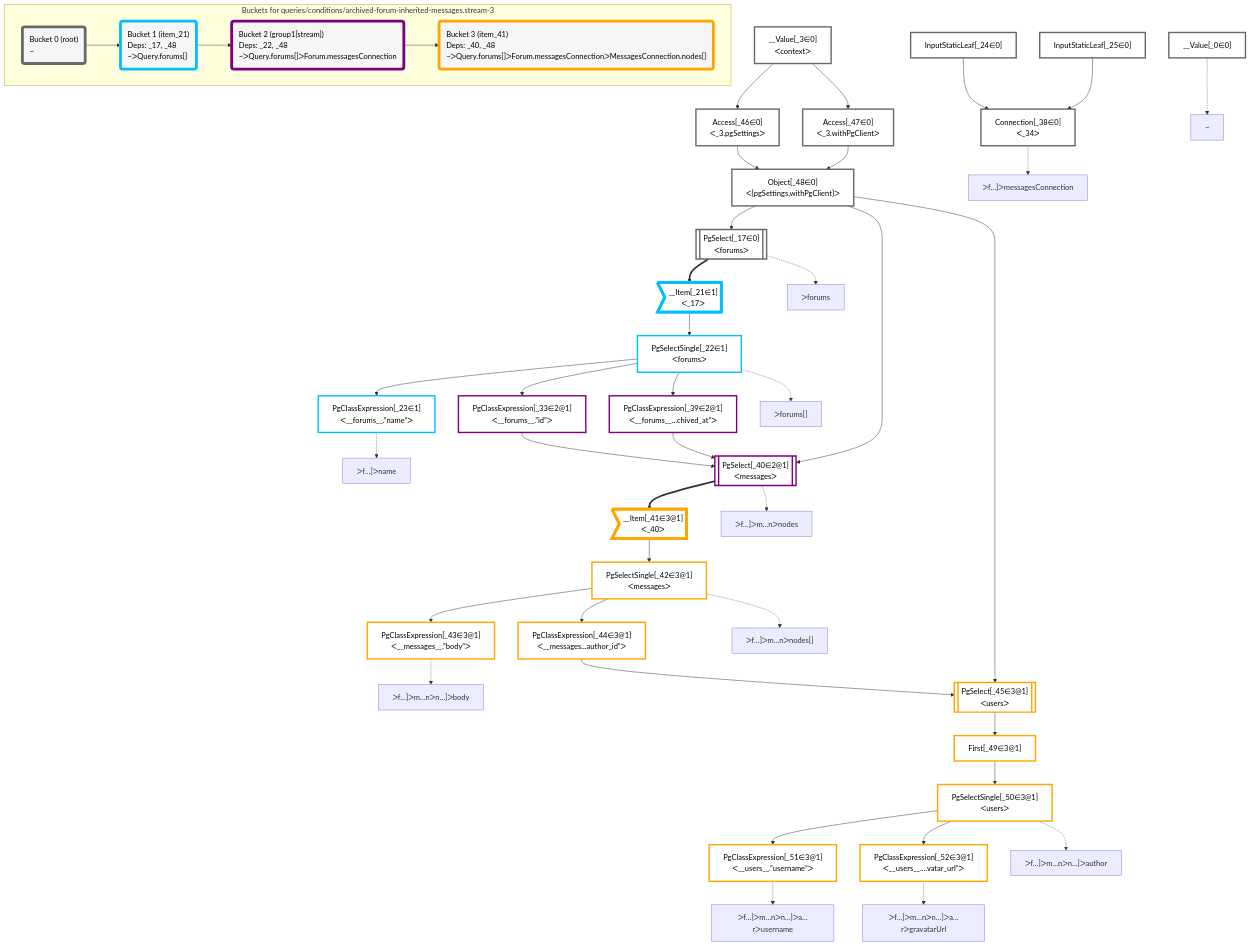
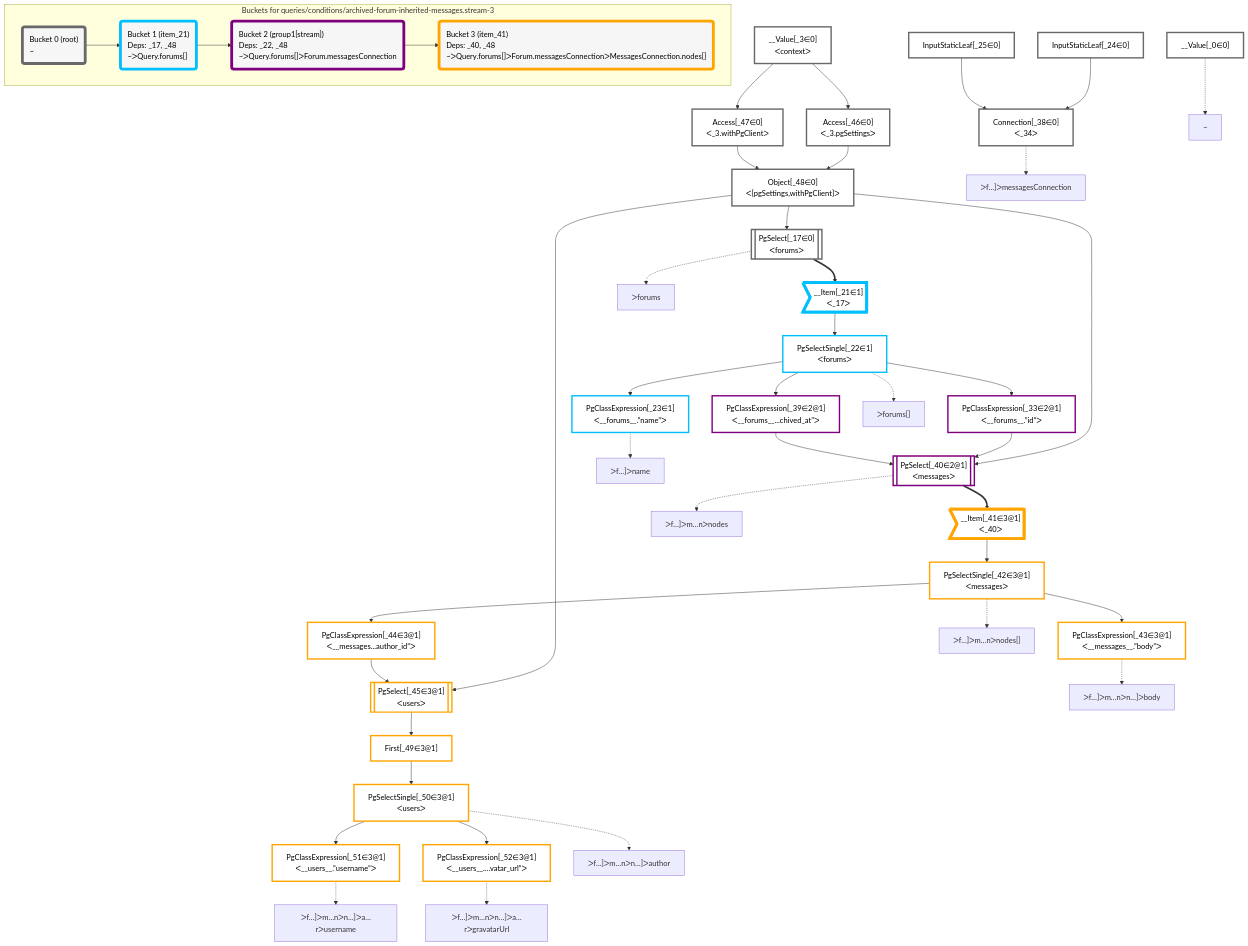
The diagram in packages/dataplan-pg/__tests__/queries/conditions/archived-forum-inherited-messages.stream-3.deopt.mermaid.md (graphile/crystal), drawn with Mermaid before and after one commit. The commit also changed other lines of this file and 195 other files, not shown here.

```diff
--- a/packages/dataplan-pg/__tests__/queries/conditions/archived-forum-inherited-messages.stream-3.deopt.mermaid.md
+++ b/packages/dataplan-pg/__tests__/queries/conditions/archived-forum-inherited-messages.stream-3.deopt.mermaid.md
@@ -9,51 +9,51 @@
 
     %% define plans
     __Value_0["__Value[_0∈0]"]:::plan
+    PgClassExpression_23["PgClassExpression[_23∈1]<br />ᐸ__forums__.”name”ᐳ"]:::plan
+    PgClassExpression_43["PgClassExpression[_43∈3@1]<br />ᐸ__messages__.”body”ᐳ"]:::plan
+    PgClassExpression_51["PgClassExpression[_51∈3@1]<br />ᐸ__users__.”username”ᐳ"]:::plan
+    PgClassExpression_52["PgClassExpression[_52∈3@1]<br />ᐸ__users__....vatar_url”ᐳ"]:::plan
+    PgSelectSingle_50["PgSelectSingle[_50∈3@1]<br />ᐸusersᐳ"]:::plan
+    First_49["First[_49∈3@1]"]:::plan
+    PgSelect_45[["PgSelect[_45∈3@1]<br />ᐸusersᐳ"]]:::plan
+    PgClassExpression_44["PgClassExpression[_44∈3@1]<br />ᐸ__messages...author_id”ᐳ"]:::plan
+    PgSelectSingle_42["PgSelectSingle[_42∈3@1]<br />ᐸmessagesᐳ"]:::plan
+    __Item_41>"__Item[_41∈3@1]<br />ᐸ_40ᐳ"]:::itemplan
+    PgSelect_40[["PgSelect[_40∈2@1]<br />ᐸmessagesᐳ"]]:::plan
+    PgClassExpression_33["PgClassExpression[_33∈2@1]<br />ᐸ__forums__.”id”ᐳ"]:::plan
+    PgClassExpression_39["PgClassExpression[_39∈2@1]<br />ᐸ__forums__...chived_at”ᐳ"]:::plan
+    PgSelectSingle_22["PgSelectSingle[_22∈1]<br />ᐸforumsᐳ"]:::plan
+    __Item_21>"__Item[_21∈1]<br />ᐸ_17ᐳ"]:::itemplan
+    PgSelect_17[["PgSelect[_17∈0]<br />ᐸforumsᐳ"]]:::plan
+    Object_48["Object[_48∈0]<br />ᐸ{pgSettings,withPgClient}ᐳ"]:::plan
+    Access_46["Access[_46∈0]<br />ᐸ_3.pgSettingsᐳ"]:::plan
+    Access_47["Access[_47∈0]<br />ᐸ_3.withPgClientᐳ"]:::plan
     __Value_3["__Value[_3∈0]<br />ᐸcontextᐳ"]:::plan
-    PgSelect_17[["PgSelect[_17∈0]<br />ᐸforumsᐳ"]]:::plan
-    __Item_21>"__Item[_21∈1]<br />ᐸ_17ᐳ"]:::itemplan
-    PgSelectSingle_22["PgSelectSingle[_22∈1]<br />ᐸforumsᐳ"]:::plan
-    PgClassExpression_23["PgClassExpression[_23∈1]<br />ᐸ__forums__.”name”ᐳ"]:::plan
+    Connection_38["Connection[_38∈0]<br />ᐸ_34ᐳ"]:::plan
     InputStaticLeaf_24["InputStaticLeaf[_24∈0]"]:::plan
     InputStaticLeaf_25["InputStaticLeaf[_25∈0]"]:::plan
-    PgClassExpression_33["PgClassExpression[_33∈2@1]<br />ᐸ__forums__.”id”ᐳ"]:::plan
-    Connection_38["Connection[_38∈0]<br />ᐸ_34ᐳ"]:::plan
-    PgClassExpression_39["PgClassExpression[_39∈2@1]<br />ᐸ__forums__...chived_at”ᐳ"]:::plan
-    PgSelect_40[["PgSelect[_40∈2@1]<br />ᐸmessagesᐳ"]]:::plan
-    __Item_41>"__Item[_41∈3@1]<br />ᐸ_40ᐳ"]:::itemplan
-    PgSelectSingle_42["PgSelectSingle[_42∈3@1]<br />ᐸmessagesᐳ"]:::plan
-    PgClassExpression_43["PgClassExpression[_43∈3@1]<br />ᐸ__messages__.”body”ᐳ"]:::plan
-    PgClassExpression_44["PgClassExpression[_44∈3@1]<br />ᐸ__messages...author_id”ᐳ"]:::plan
-    PgSelect_45[["PgSelect[_45∈3@1]<br />ᐸusersᐳ"]]:::plan
-    Access_46["Access[_46∈0]<br />ᐸ_3.pgSettingsᐳ"]:::plan
-    Access_47["Access[_47∈0]<br />ᐸ_3.withPgClientᐳ"]:::plan
-    Object_48["Object[_48∈0]<br />ᐸ{pgSettings,withPgClient}ᐳ"]:::plan
-    First_49["First[_49∈3@1]"]:::plan
-    PgSelectSingle_50["PgSelectSingle[_50∈3@1]<br />ᐸusersᐳ"]:::plan
-    PgClassExpression_51["PgClassExpression[_51∈3@1]<br />ᐸ__users__.”username”ᐳ"]:::plan
-    PgClassExpression_52["PgClassExpression[_52∈3@1]<br />ᐸ__users__....vatar_url”ᐳ"]:::plan
 
     %% plan dependencies
+    PgSelectSingle_22 --> PgClassExpression_23
+    PgSelectSingle_42 --> PgClassExpression_43
+    PgSelectSingle_50 --> PgClassExpression_51
+    PgSelectSingle_50 --> PgClassExpression_52
+    First_49 --> PgSelectSingle_50
+    PgSelect_45 --> First_49
+    Object_48 & PgClassExpression_44 --> PgSelect_45
+    PgSelectSingle_42 --> PgClassExpression_44
+    __Item_41 --> PgSelectSingle_42
+    PgSelect_40 ==> __Item_41
+    Object_48 & PgClassExpression_33 & PgClassExpression_39 --> PgSelect_40
+    PgSelectSingle_22 --> PgClassExpression_33
+    PgSelectSingle_22 --> PgClassExpression_39
+    __Item_21 --> PgSelectSingle_22
+    PgSelect_17 ==> __Item_21
     Object_48 --> PgSelect_17
-    PgSelect_17 ==> __Item_21
-    __Item_21 --> PgSelectSingle_22
-    PgSelectSingle_22 --> PgClassExpression_23
-    PgSelectSingle_22 --> PgClassExpression_33
-    InputStaticLeaf_24 & InputStaticLeaf_25 --> Connection_38
-    PgSelectSingle_22 --> PgClassExpression_39
-    Object_48 & PgClassExpression_33 & PgClassExpression_39 --> PgSelect_40
-    PgSelect_40 ==> __Item_41
-    __Item_41 --> PgSelectSingle_42
-    PgSelectSingle_42 --> PgClassExpression_43
-    PgSelectSingle_42 --> PgClassExpression_44
-    Object_48 & PgClassExpression_44 --> PgSelect_45
+    Access_46 & Access_47 --> Object_48
     __Value_3 --> Access_46
     __Value_3 --> Access_47
-    Access_46 & Access_47 --> Object_48
-    PgSelect_45 --> First_49
-    First_49 --> PgSelectSingle_50
-    PgSelectSingle_50 --> PgClassExpression_51
-    PgSelectSingle_50 --> PgClassExpression_52
+    InputStaticLeaf_24 & InputStaticLeaf_25 --> Connection_38
 
     %% plan-to-path relationships
     P_0["~"]
```
